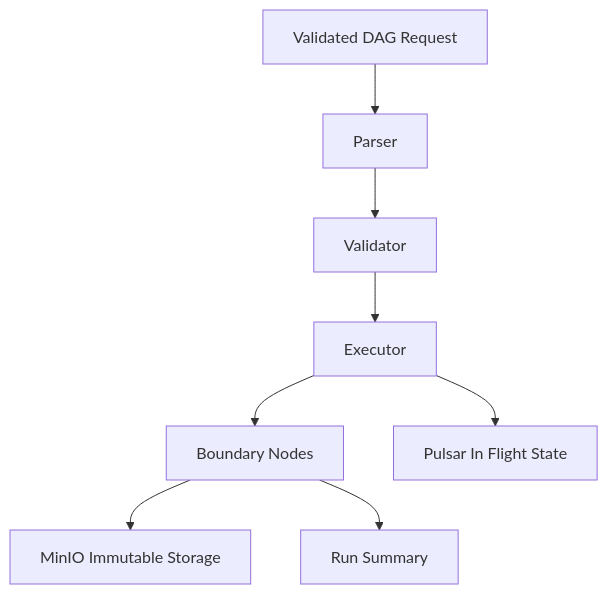
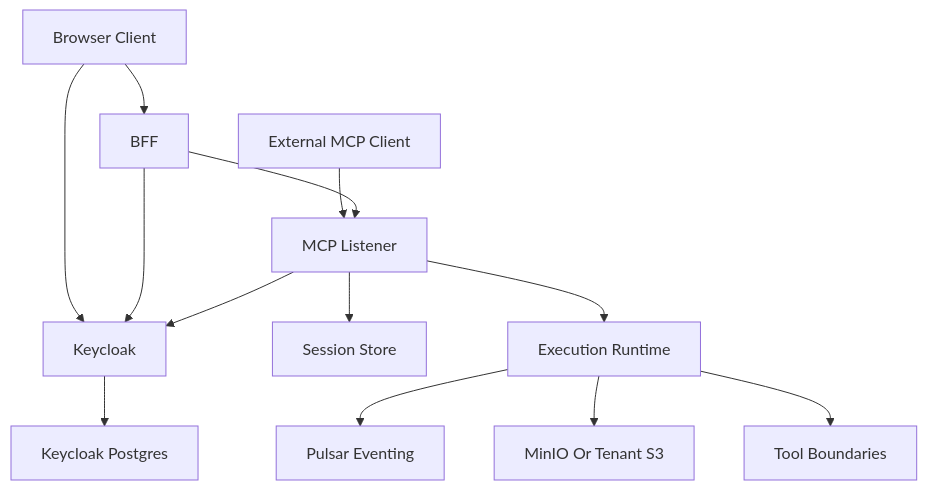
Before and after one commit to Tuee22/studioMCP: the diagram in documents/architecture/overview.md, drawn with Mermaid. The commit also changed other lines of this file and 29 other files, not shown here.

````diff
--- a/documents/architecture/overview.md
+++ b/documents/architecture/overview.md
@@ -18,10 +27,15 @@
 ```mermaid
 flowchart TB
-  Request[Validated DAG Request] --> Parser[Parser]
-  Parser --> Validator[Validator]
-  Validator --> Executor[Executor]
-  Executor --> Boundary[Boundary Nodes]
-  Executor --> Pulsar[Pulsar In Flight State]
-  Boundary --> MinIO[MinIO Immutable Storage]
-  Boundary --> Summary[Run Summary]
+  Browser[Browser Client] --> BFF[BFF]
+  External[External MCP Client] --> MCP[MCP Listener]
+  Browser --> Keycloak[Keycloak]
+  BFF --> Keycloak
+  BFF --> MCP
+  MCP --> Keycloak
+  MCP --> Redis[Session Store]
+  MCP --> Runtime[Execution Runtime]
+  Runtime --> Pulsar[Pulsar Eventing]
+  Runtime --> Storage[MinIO Or Tenant S3]
+  Runtime --> Tools[Tool Boundaries]
+  Keycloak --> Postgres[Keycloak Postgres]
 ```
````
